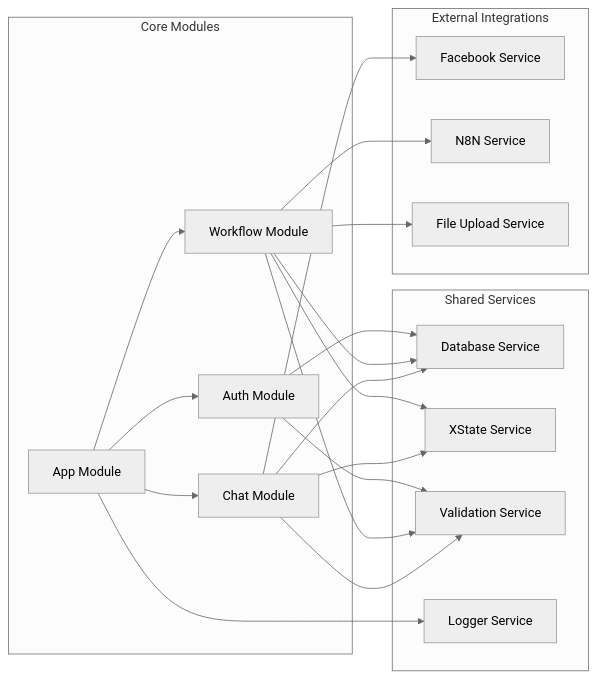
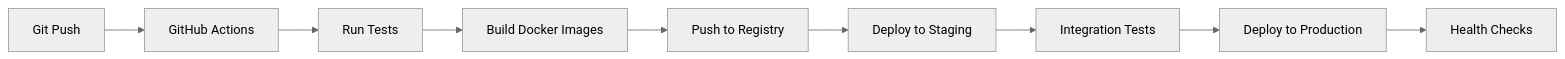
Before and after one commit to dat-j/last-hope: the fifth of 5 diagrams in docs/SYSTEM_ARCHITECTURE.md, drawn with Mermaid (neutral theme). The commit also changed other lines of this file and 9 other files, not shown here.

````diff
--- a/docs/SYSTEM_ARCHITECTURE.md
+++ b/docs/SYSTEM_ARCHITECTURE.md
@@ -183,38 +385,11 @@
 ```mermaid
 graph LR
-    subgraph "Core Modules"
-        A[App Module]
-        B[Auth Module]
-        C[Workflow Module]
-        D[Chat Module]
-    end
-    
-    subgraph "Shared Services"
-        E[Database Service]
-        F[XState Service]
-        G[Validation Service]
-        H[Logger Service]
-    end
-    
-    subgraph "External Integrations"
-        I[Facebook Service]
-        J[N8N Service]
-        K[File Upload Service]
-    end
-    
-    A --> B
-    A --> C
-    A --> D
-    B --> E
-    C --> E
-    D --> E
-    C --> F
-    D --> F
-    B --> G
-    C --> G
-    D --> G
-    A --> H
-    D --> I
-    C --> J
-    C --> K
+    A[Git Push] --> B[GitHub Actions]
+    B --> C[Run Tests]
+    C --> D[Build Docker Images]
+    D --> E[Push to Registry]
+    E --> F[Deploy to Staging]
+    F --> G[Integration Tests]
+    G --> H[Deploy to Production]
+    H --> I[Health Checks]
 ```
````
